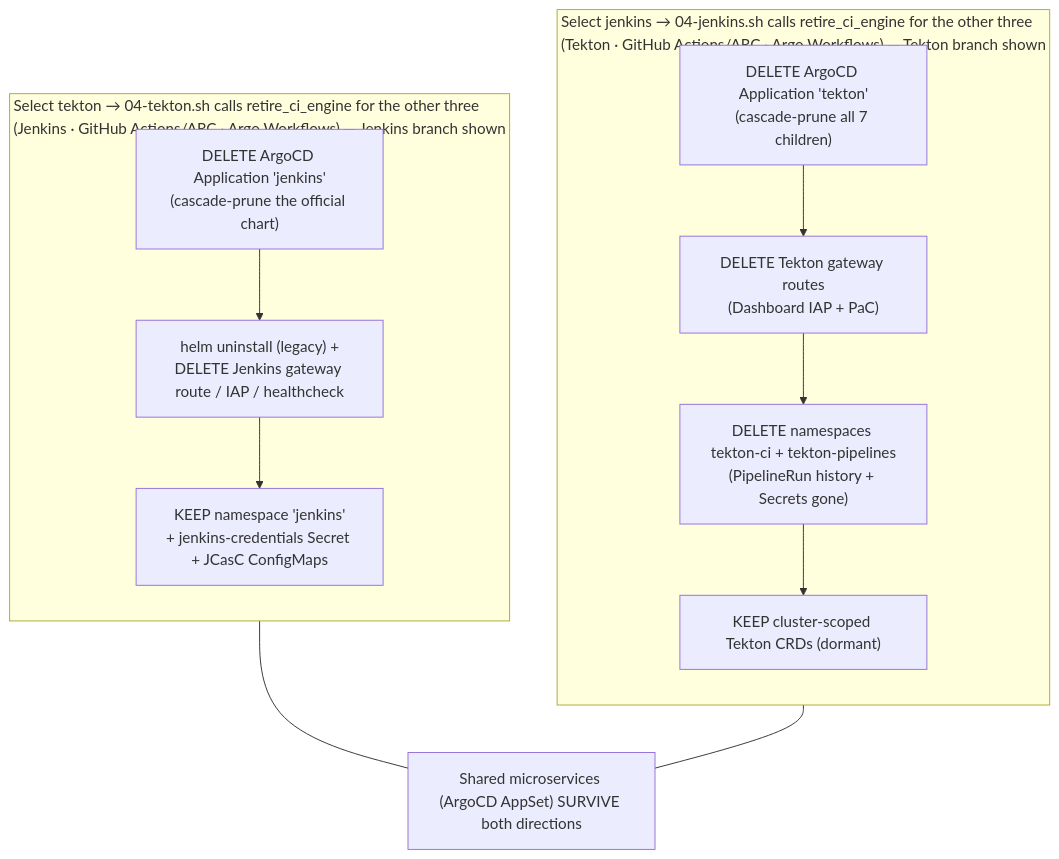
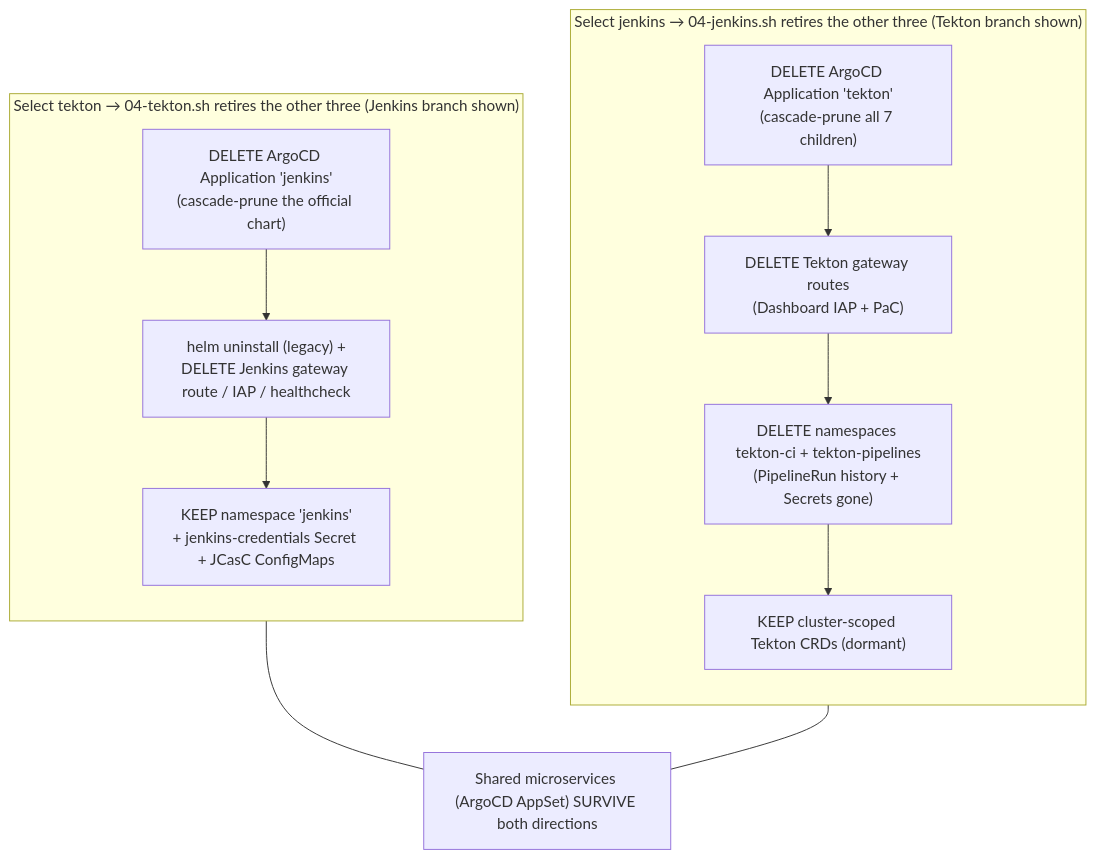
The sixth of 10 diagrams in docs/403-TEKTON.md (nubenetes/jenkins-2026), drawn with Mermaid before and after one commit. The commit also changed other lines of this file and 14 other files, not shown here.

First line of the commit message:
docs(diagrams): repo-wide mermaid audit — fix 14 rendering defects + flagship improvements

````diff
--- a/docs/403-TEKTON.md
+++ b/docs/403-TEKTON.md
@@ -318,21 +318,21 @@
 ```mermaid
 flowchart TD
-    subgraph TT["Select tekton → 04-tekton.sh calls retire_ci_engine for the other three<br/>(Jenkins · GitHub Actions/ARC · Argo Workflows) — Jenkins branch shown"]
+    subgraph TT["Select tekton → 04-tekton.sh retires the other three (Jenkins branch shown)"]
       direction TB
       A1["DELETE ArgoCD Application 'jenkins'<br/>(cascade-prune the official chart)"]
       A2["helm uninstall (legacy) +<br/>DELETE Jenkins gateway route / IAP / healthcheck"]
       A3["KEEP namespace 'jenkins'<br/>+ jenkins-credentials Secret + JCasC ConfigMaps"]
       A1 --> A2 --> A3
     end
-    subgraph TJ["Select jenkins → 04-jenkins.sh calls retire_ci_engine for the other three<br/>(Tekton · GitHub Actions/ARC · Argo Workflows) — Tekton branch shown"]
+    subgraph TJ["Select jenkins → 04-jenkins.sh retires the other three (Tekton branch shown)"]
       direction TB
       B1["DELETE ArgoCD Application 'tekton'<br/>(cascade-prune all 7 children)"]
       B2["DELETE Tekton gateway routes<br/>(Dashboard IAP + PaC)"]
       B3["DELETE namespaces tekton-ci + tekton-pipelines<br/>(PipelineRun history + Secrets gone)"]
       B4["KEEP cluster-scoped Tekton CRDs (dormant)"]
       B1 --> B2 --> B3 --> B4
     end
     SURV["Shared microservices (ArgoCD AppSet) SURVIVE both directions"]
     TT --- SURV
     TJ --- SURV
 ```
````
